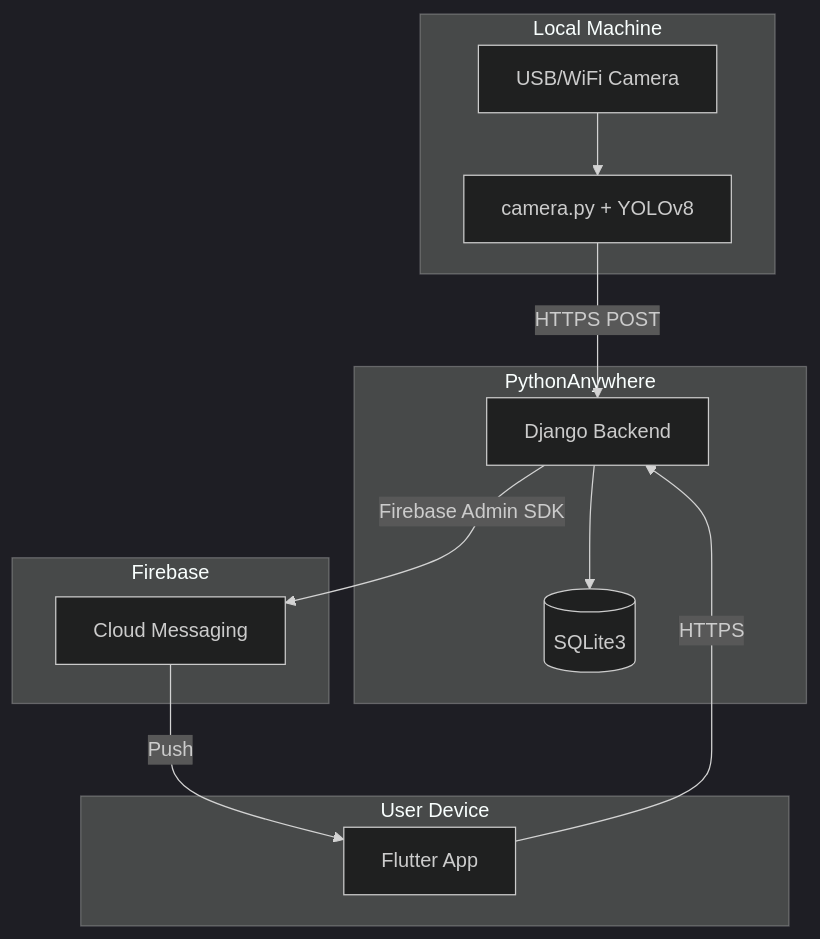
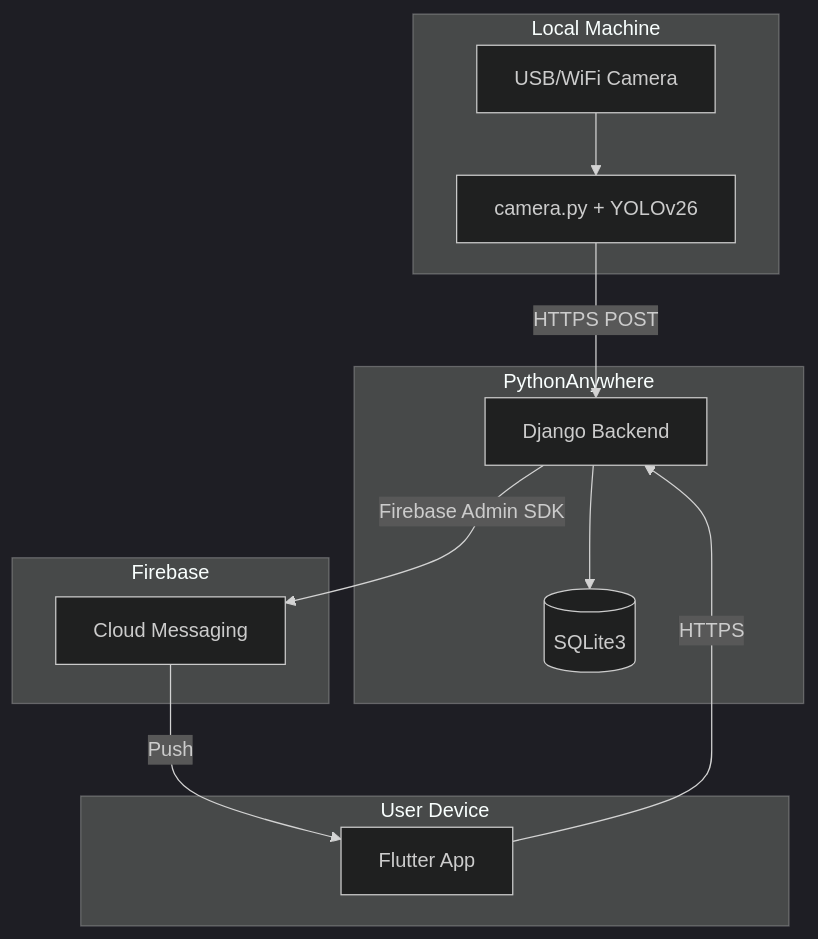
The second of 2 diagrams in docs/system_overview.md (mostafaabdoelgohary2003AI/fireguard-graduation-project), drawn with Mermaid (dark theme) before and after one commit. The commit also changed other lines of this file, not shown here.

````diff
--- a/docs/system_overview.md
+++ b/docs/system_overview.md
@@ -123,27 +123,27 @@
 ```mermaid
 graph TB
     subgraph LOCAL["Local Machine"]
         CAM[USB/WiFi Camera]
-        AI[camera.py + YOLOv8]
+        AI[camera.py + YOLOv26]
     end
 
     subgraph CLOUD["PythonAnywhere"]
         DJANGO[Django Backend]
         SQLITE[(SQLite3)]
     end
 
     subgraph FIREBASE["Firebase"]
         FCM_SVC[Cloud Messaging]
     end
 
     subgraph DEVICE["User Device"]
         FLUTTER[Flutter App]
     end
 
     CAM --> AI
     AI -->|HTTPS POST| DJANGO
     DJANGO --> SQLITE
     DJANGO -->|Firebase Admin SDK| FCM_SVC
     FCM_SVC -->|Push| FLUTTER
     FLUTTER -->|HTTPS| DJANGO
 ```
````
